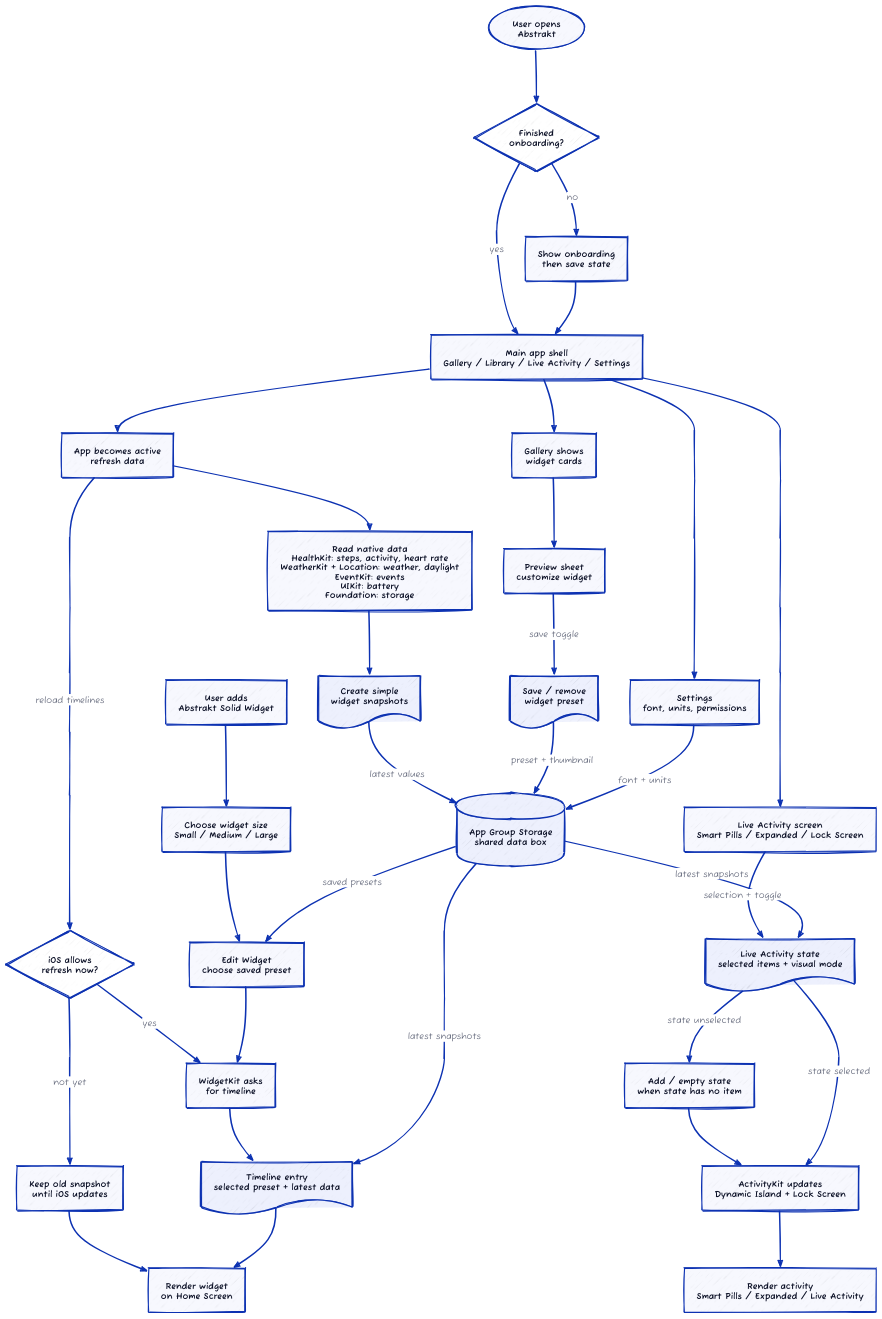
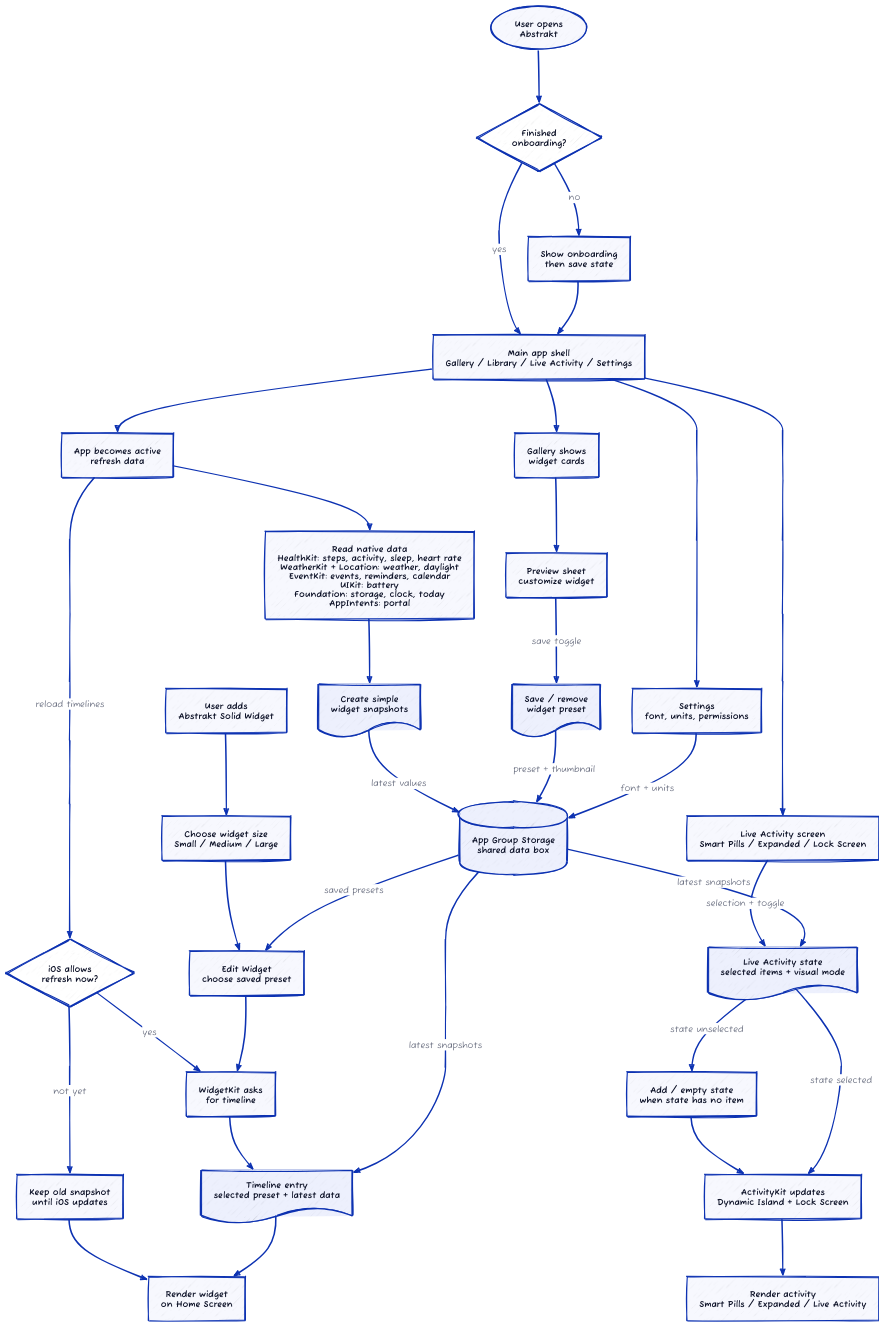
Before and after one commit to dapraws/CH4_Abstrakt: the diagram in docs/product/FLOW.d2, drawn with D2. The commit also changed 19 other files, not shown here.

```diff
--- a/docs/product/FLOW.d2
+++ b/docs/product/FLOW.d2
@@ -1,113 +1,113 @@
 direction: down
 
 vars: {
   d2-config: {
     sketch: true
   }
 }
 
 user: "User opens\nAbstrakt" {
   shape: oval
 }
 
 onboarding: "Finished\nonboarding?" {
   shape: diamond
   style.fill: "#ffffff"
 }
 
 onboard: "Show onboarding\nthen save state"
 
 app: "Main app shell\nGallery / Library / Live Activity / Settings"
 
 gallery: "Gallery shows\nwidget cards"
 
 preview: "Preview sheet\ncustomize widget"
 
 settings: "Settings\nfont, units, permissions"
 
 live_activity_screen: "Live Activity screen\nSmart Pills / Expanded / Lock Screen"
 
 presets: "Save / remove\nwidget preset" {
   shape: document
 }
 
 app_refresh: "App becomes active\nrefresh data"
 
-frameworks: "Read native data\nHealthKit: steps, activity, heart rate\nWeatherKit + Location: weather, daylight\nEventKit: events\nUIKit: battery\nFoundation: storage"
+frameworks: "Read native data\nHealthKit: steps, activity, sleep, heart rate\nWeatherKit + Location: weather, daylight\nEventKit: events, reminders, calendar\nUIKit: battery\nFoundation: storage, clock, today\nAppIntents: portal"
 
 snapshots: "Create simple\nwidget snapshots" {
   shape: document
 }
 
 app_group: "App Group Storage\nshared data box" {
   shape: cylinder
 }
 
 add_widget: "User adds\nAbstrakt Solid Widget"
 
 choose_size: "Choose widget size\nSmall / Medium / Large"
 
 edit_widget: "Edit Widget\nchoose saved preset"
 
 timeline: "WidgetKit asks\nfor timeline"
 
 timeline_entry: "Timeline entry\nselected preset + latest data" {
   shape: document
 }
 
 render: "Render widget\non Home Screen"
 
 activity_state: "Live Activity state\nselected items + visual mode" {
   shape: document
 }
 
 activity_empty: "Add / empty state\nwhen state has no item"
 
 activitykit: "ActivityKit updates\nDynamic Island + Lock Screen"
 
 activity_render: "Render activity\nSmart Pills / Expanded / Live Activity"
 
 ios_refresh: "iOS allows\nrefresh now?" {
   shape: diamond
   style.fill: "#ffffff"
 }
 
 delayed: "Keep old snapshot\nuntil iOS updates"
 
 user -> onboarding
 onboarding -> onboard: "no"
 onboard -> app
 onboarding -> app: "yes"
 
 app -> gallery
 gallery -> preview
 preview -> presets: "save toggle"
 app -> settings
 app -> live_activity_screen
 settings -> app_group: "font + units"
 presets -> app_group: "preset + thumbnail"
 
 app -> app_refresh
 app_refresh -> frameworks
 frameworks -> snapshots
 snapshots -> app_group: "latest values"
 
 app_group -> edit_widget: "saved presets"
 app_group -> timeline_entry: "latest snapshots"
 app_group -> activity_state: "latest snapshots"
 live_activity_screen -> activity_state: "selection + toggle"
 activity_state -> activity_empty: "state unselected"
 activity_state -> activitykit: "state selected"
 activity_empty -> activitykit
 activitykit -> activity_render
 
 add_widget -> choose_size
 choose_size -> edit_widget
 edit_widget -> timeline
 timeline -> timeline_entry
 timeline_entry -> render
 
 app_refresh -> ios_refresh: "reload timelines"
 ios_refresh -> timeline: "yes"
 ios_refresh -> delayed: "not yet"
 delayed -> render
```
